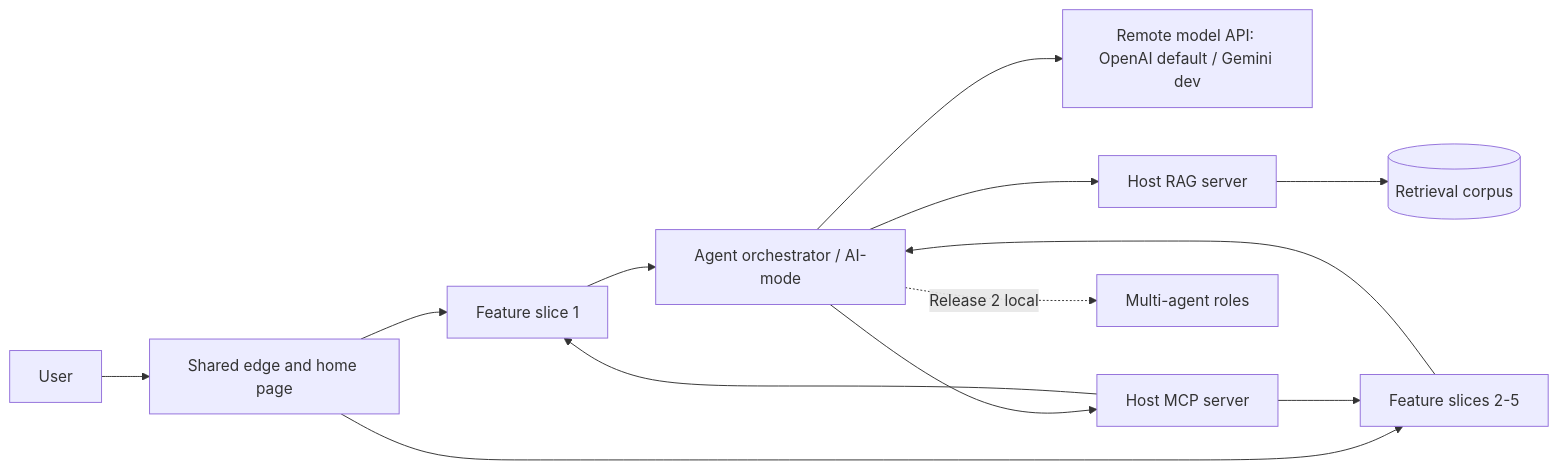
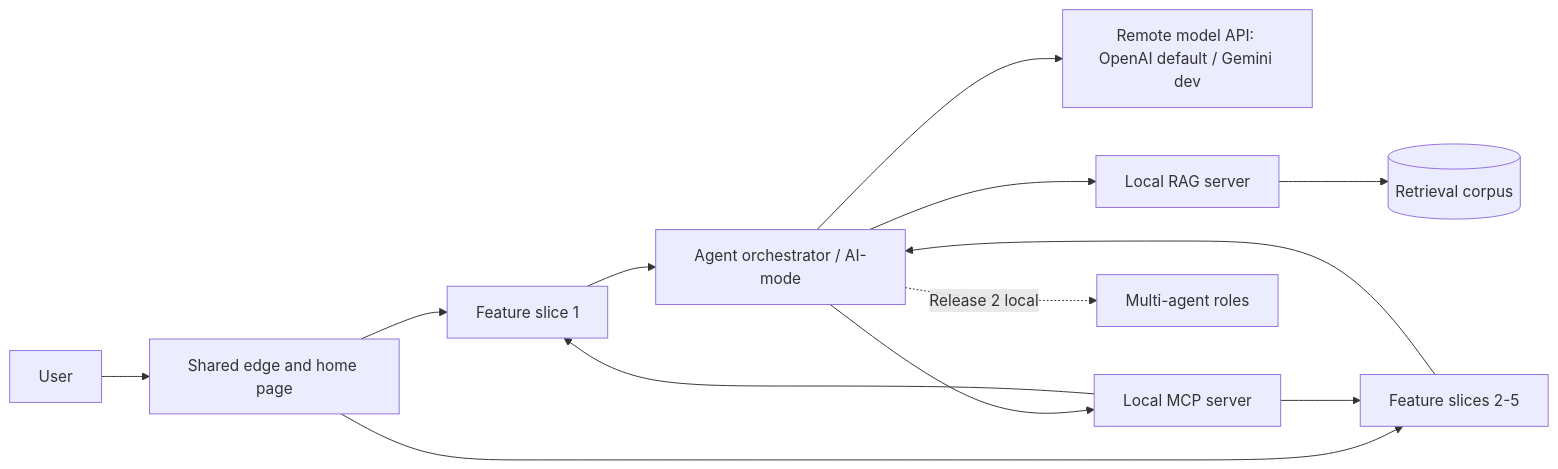
The first of 3 diagrams in docs/architecture/shared-platform-design.md (MattShelton04/41026ASDProject), drawn with Mermaid before and after one commit. The commit also changed other lines of this file and 6 other files, not shown here.

````diff
--- a/docs/architecture/shared-platform-design.md
+++ b/docs/architecture/shared-platform-design.md
@@ -389,15 +389,15 @@
 ```mermaid
 flowchart LR
     U[User] --> E[Shared edge and home page]
     E --> F1[Feature slice 1]
     E --> FN[Feature slices 2-5]
     F1 --> O[Agent orchestrator / AI-mode]
     FN --> O
     O --> L[Remote model API: OpenAI default / Gemini dev]
-    O --> M[Host MCP server]
-    O --> R[Host RAG server]
+    O --> M[Local MCP server]
+    O --> R[Local RAG server]
     O -. Release 2 local .-> A[Multi-agent roles]
     M --> F1
     M --> FN
     R --> C[(Retrieval corpus)]
 ```
````
